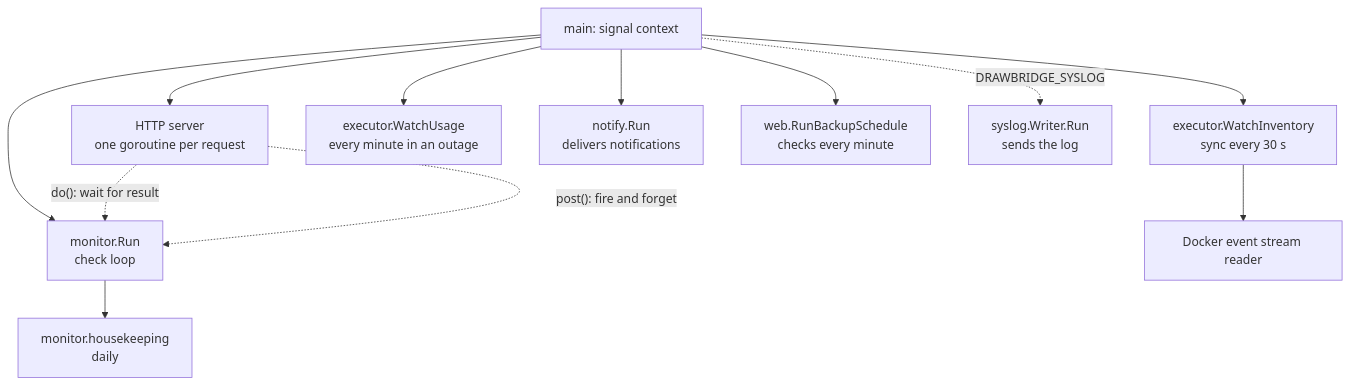
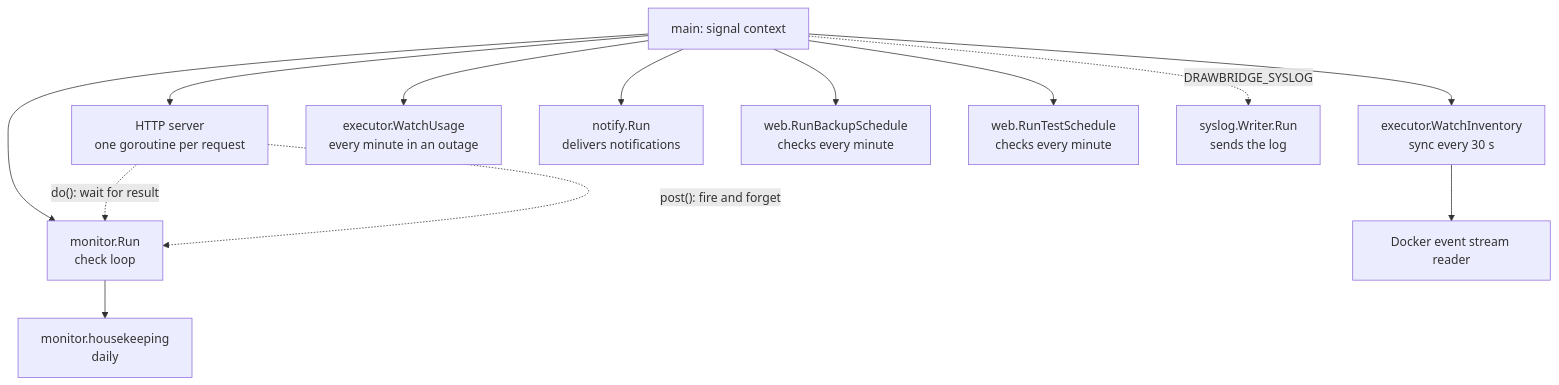
One commit to zjcochran/wan-drawbridge changed the second of 3 diagrams in docs/technical/architecture.md. Above: the diagram before and after it, drawn with Mermaid. The commit also changed other lines of this file and 18 other files, not shown here.

````diff
--- a/docs/technical/architecture.md
+++ b/docs/technical/architecture.md
@@ -78,14 +78,15 @@
 ```mermaid
 flowchart TB
     main[main: signal context] --> http[HTTP server<br/>one goroutine per request]
     main --> loop[monitor.Run<br/>check loop]
     main --> inv[executor.WatchInventory<br/>sync every 30 s]
     inv --> ev[Docker event stream reader]
     main --> use[executor.WatchUsage<br/>every minute in an outage]
     loop --> hk[monitor.housekeeping<br/>daily]
     main --> nt[notify.Run<br/>delivers notifications]
     main --> bs[web.RunBackupSchedule<br/>checks every minute]
+    main --> ts[web.RunTestSchedule<br/>checks every minute]
     main -. DRAWBRIDGE_SYSLOG .-> sl[syslog.Writer.Run<br/>sends the log]
     http -. "do(): wait for result" .-> loop
     http -. "post(): fire and forget" .-> loop
 ```
````
